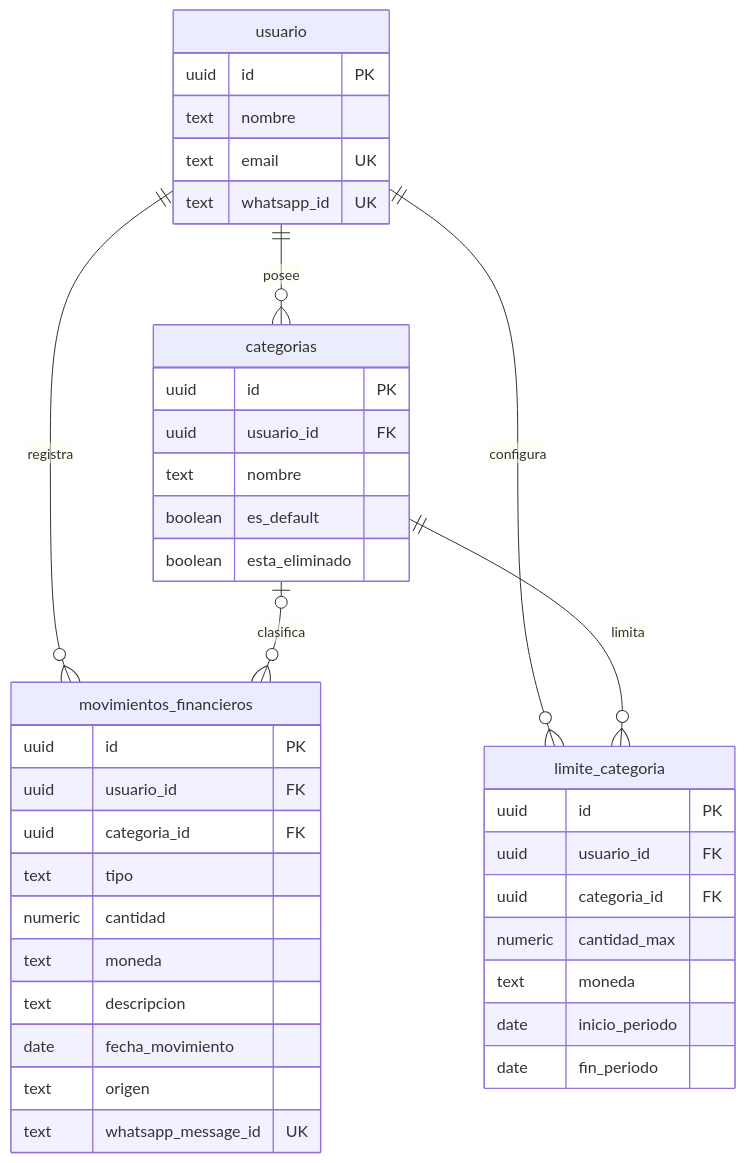
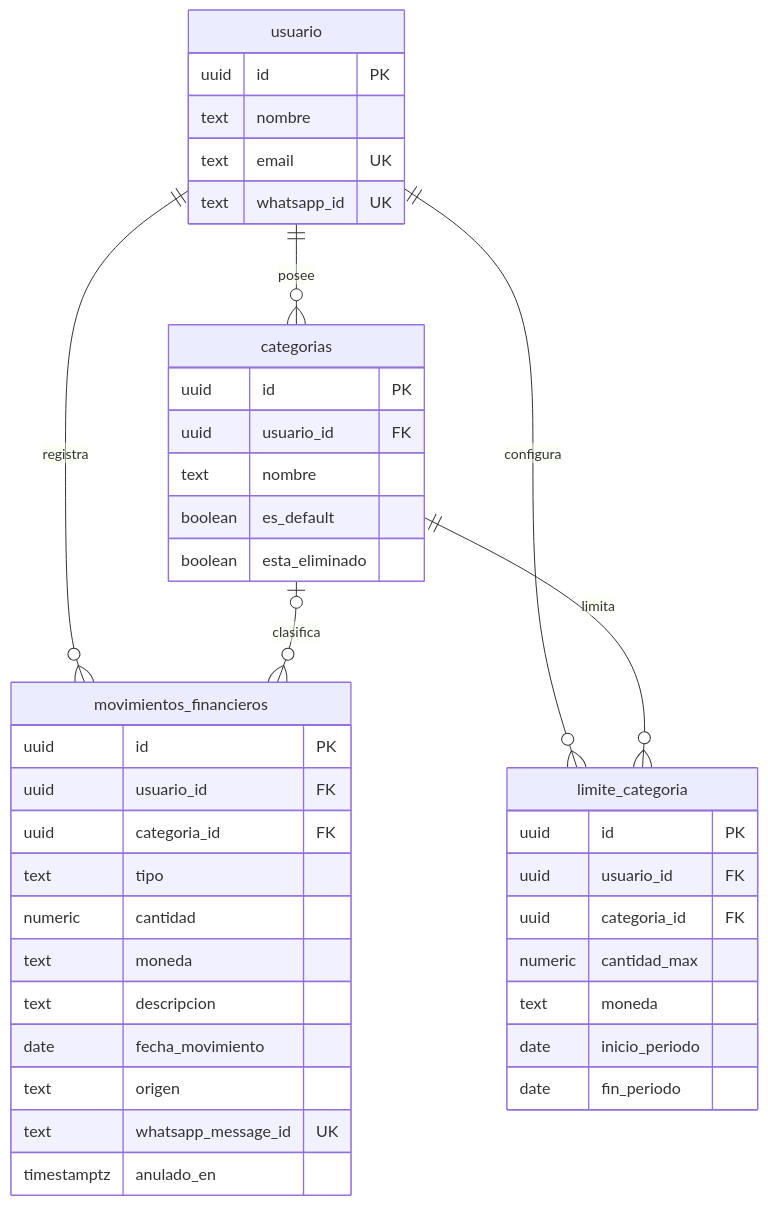
Before and after one commit to blob1618/luka: the diagram in docs/database.md, drawn with Mermaid. The commit also changed other lines of this file and 22 other files, not shown here.

````diff
--- a/docs/database.md
+++ b/docs/database.md
@@ -86,46 +87,47 @@
 ```mermaid
 erDiagram
     usuario {
         uuid id PK
         text nombre
         text email UK
         text whatsapp_id UK
     }
 
     categorias {
         uuid id PK
         uuid usuario_id FK
         text nombre
         boolean es_default
         boolean esta_eliminado
     }
 
     movimientos_financieros {
         uuid id PK
         uuid usuario_id FK
         uuid categoria_id FK
         text tipo
         numeric cantidad
         text moneda
         text descripcion
         date fecha_movimiento
         text origen
         text whatsapp_message_id UK
+        timestamptz anulado_en
     }
 
     limite_categoria {
         uuid id PK
         uuid usuario_id FK
         uuid categoria_id FK
         numeric cantidad_max
         text moneda
         date inicio_periodo
         date fin_periodo
     }
 
     usuario ||--o{ categorias : posee
     usuario ||--o{ movimientos_financieros : registra
     categorias o|--o{ movimientos_financieros : clasifica
     usuario ||--o{ limite_categoria : configura
     categorias ||--o{ limite_categoria : limita
 ```
````
